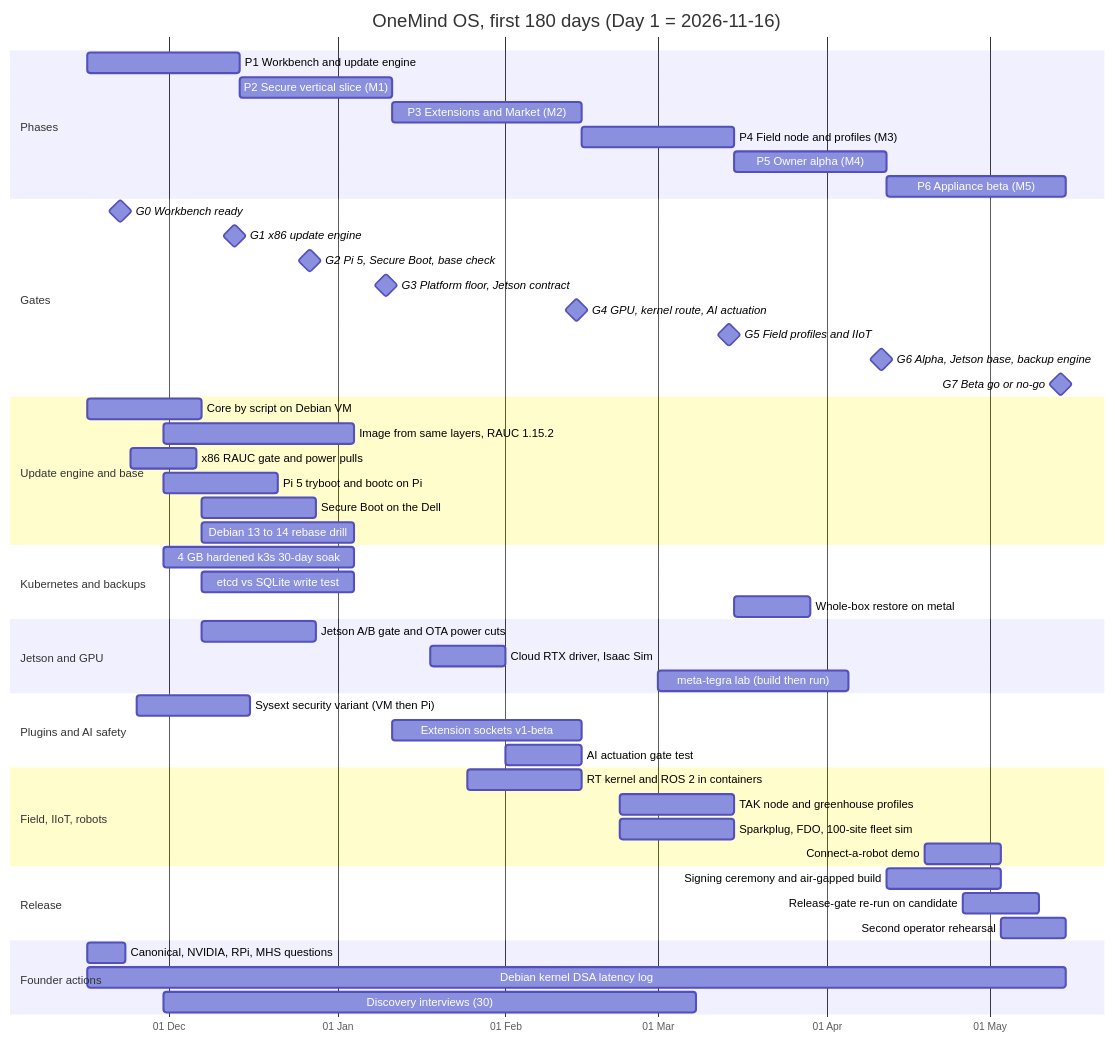
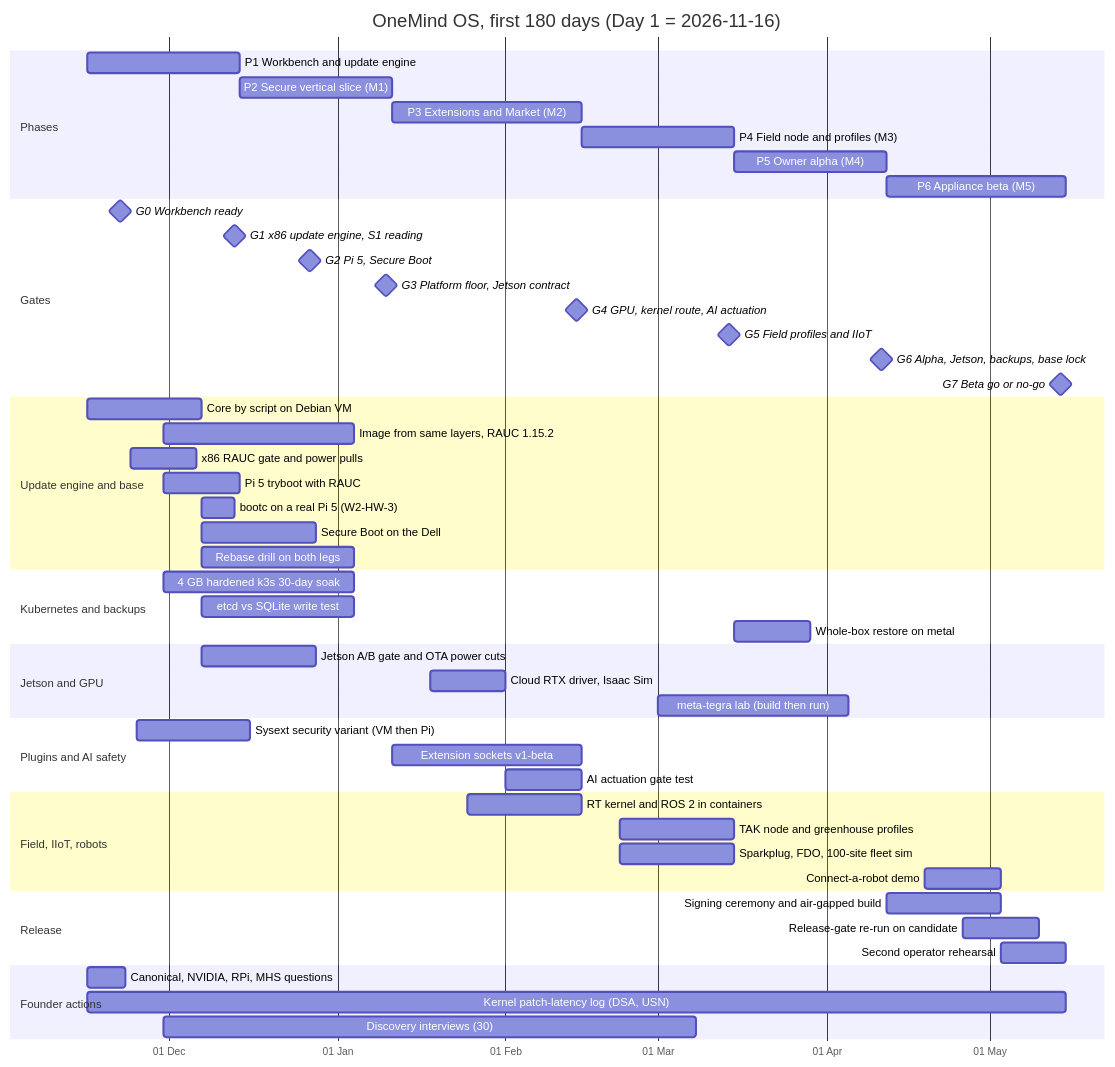
The diagram in research-output/report/diagrams/plan-180.mmd (onemindos/ONEMINDOS), drawn with Mermaid before and after one commit. The commit also changed 326 other files, not shown here.

```diff
--- a/research-output/report/diagrams/plan-180.mmd
+++ b/research-output/report/diagrams/plan-180.mmd
@@ -1,52 +1,53 @@
 gantt
   title OneMind OS, first 180 days (Day 1 = 2026-11-16)
   dateFormat YYYY-MM-DD
   axisFormat %d %b
   section Phases
   P1 Workbench and update engine        :p1, 2026-11-16, 28d
   P2 Secure vertical slice (M1)         :p2, 2026-12-14, 28d
   P3 Extensions and Market (M2)         :p3, 2027-01-11, 35d
   P4 Field node and profiles (M3)       :p4, 2027-02-15, 28d
   P5 Owner alpha (M4)                   :p5, 2027-03-15, 28d
   P6 Appliance beta (M5)                :p6, 2027-04-12, 33d
   section Gates
   G0 Workbench ready                    :milestone, g0, 2026-11-22, 0d
-  G1 x86 update engine                  :milestone, g1, 2026-12-13, 0d
-  G2 Pi 5, Secure Boot, base check      :milestone, g2, 2026-12-27, 0d
+  G1 x86 update engine, S1 reading      :milestone, g1, 2026-12-13, 0d
+  G2 Pi 5, Secure Boot                  :milestone, g2, 2026-12-27, 0d
   G3 Platform floor, Jetson contract    :milestone, g3, 2027-01-10, 0d
   G4 GPU, kernel route, AI actuation    :milestone, g4, 2027-02-14, 0d
   G5 Field profiles and IIoT            :milestone, g5, 2027-03-14, 0d
-  G6 Alpha, Jetson base, backup engine  :milestone, g6, 2027-04-11, 0d
+  G6 Alpha, Jetson, backups, base lock  :milestone, g6, 2027-04-11, 0d
   G7 Beta go or no-go                   :milestone, g7, 2027-05-14, 0d
   section Update engine and base
   Core by script on Debian VM           :2026-11-16, 21d
   Image from same layers, RAUC 1.15.2   :2026-11-30, 35d
   x86 RAUC gate and power pulls         :2026-11-24, 12d
-  Pi 5 tryboot and bootc on Pi          :2026-11-30, 21d
+  Pi 5 tryboot with RAUC                :2026-11-30, 14d
+  bootc on a real Pi 5 (W2-HW-3)        :2026-12-07, 6d
   Secure Boot on the Dell               :2026-12-07, 21d
-  Debian 13 to 14 rebase drill          :2026-12-07, 28d
+  Rebase drill on both legs             :2026-12-07, 28d
   section Kubernetes and backups
   4 GB hardened k3s 30-day soak         :2026-11-30, 35d
   etcd vs SQLite write test             :2026-12-07, 28d
   Whole-box restore on metal            :2027-03-15, 14d
   section Jetson and GPU
   Jetson A/B gate and OTA power cuts    :2026-12-07, 21d
   Cloud RTX driver, Isaac Sim           :2027-01-18, 14d
   meta-tegra lab (build then run)       :2027-03-01, 35d
   section Plugins and AI safety
   Sysext security variant (VM then Pi)  :2026-11-25, 21d
   Extension sockets v1-beta             :2027-01-11, 35d
   AI actuation gate test                :2027-02-01, 14d
   section Field, IIoT, robots
   RT kernel and ROS 2 in containers     :2027-01-25, 21d
   TAK node and greenhouse profiles      :2027-02-22, 21d
   Sparkplug, FDO, 100-site fleet sim    :2027-02-22, 21d
   Connect-a-robot demo                  :2027-04-19, 14d
   section Release
   Signing ceremony and air-gapped build :2027-04-12, 21d
   Release-gate re-run on candidate      :2027-04-26, 14d
   Second operator rehearsal             :2027-05-03, 12d
   section Founder actions
   Canonical, NVIDIA, RPi, MHS questions :2026-11-16, 7d
-  Debian kernel DSA latency log         :2026-11-16, 180d
+  Kernel patch-latency log (DSA, USN)   :2026-11-16, 180d
   Discovery interviews (30)             :2026-11-30, 98d
```
